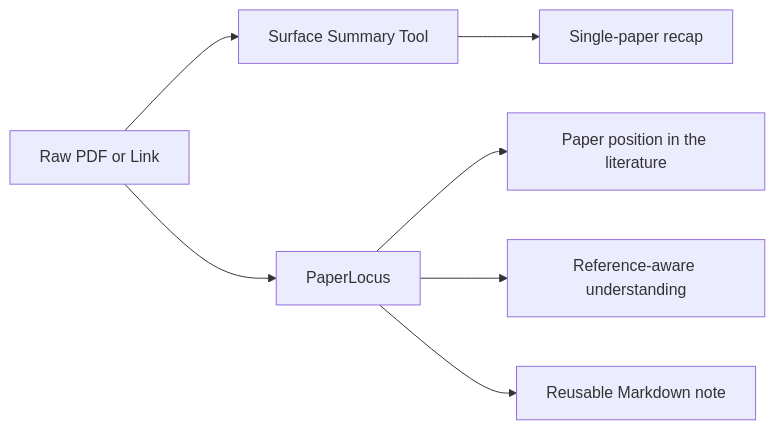
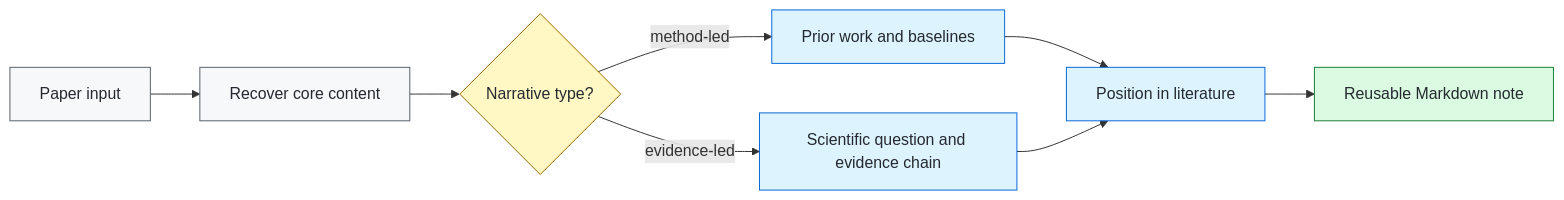
One commit to littleZ05/PaperLocus changed the second of 2 diagrams in README.md. Above: the diagram before and after it, drawn with Mermaid. The commit also changed other lines of this file and 1 other file, not shown here.

Commit message:
Refine release presentation and PaperLocus homepage

````diff
--- a/README.md
+++ b/README.md
@@ -103,9 +80,19 @@
 ```mermaid
 flowchart LR
-    A[Raw PDF or Link] --> B[Surface Summary Tool]
-    A --> C[PaperLocus]
-    B --> D[Single-paper recap]
-    C --> E[Paper position in the literature]
-    C --> F[Reference-aware understanding]
-    C --> G[Reusable Markdown note]
+    A[Paper input] --> B[Recover core content]
+    B --> C{Narrative type?}
+    C -->|method-led| D[Prior work and baselines]
+    C -->|evidence-led| E[Scientific question and evidence chain]
+    D --> F[Position in literature]
+    E --> F
+    F --> G[Reusable Markdown note]
+
+    classDef input fill:#f6f8fa,stroke:#57606a,color:#24292f;
+    classDef decision fill:#fff8c5,stroke:#9a6700,color:#24292f;
+    classDef work fill:#ddf4ff,stroke:#0969da,color:#24292f;
+    classDef output fill:#dafbe1,stroke:#1a7f37,color:#24292f;
+    class A,B input;
+    class C decision;
+    class D,E,F work;
+    class G output;
 ```
````
